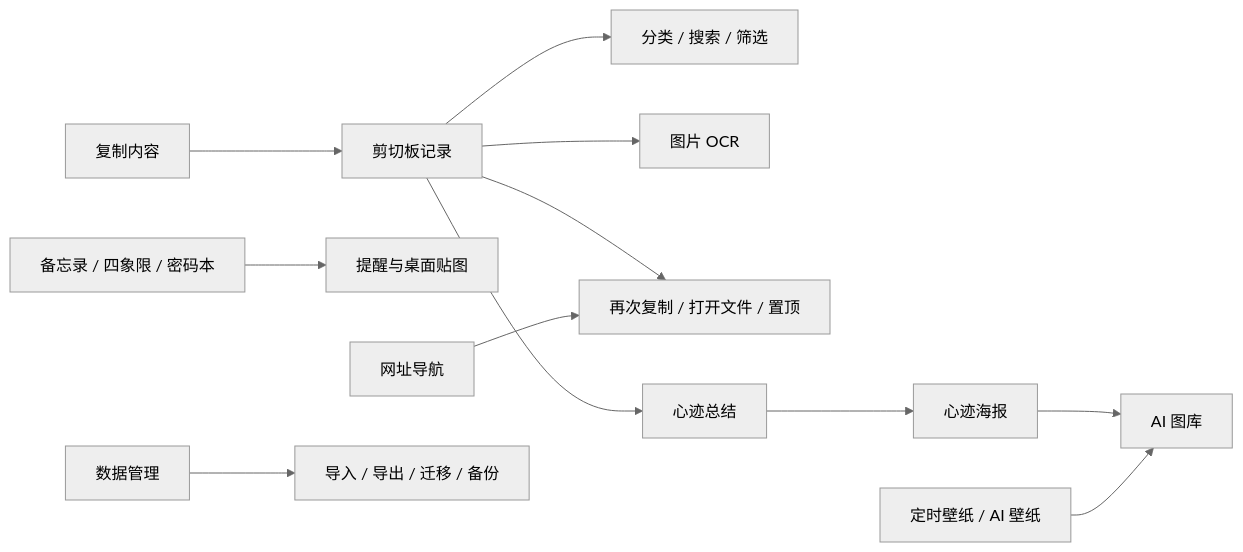
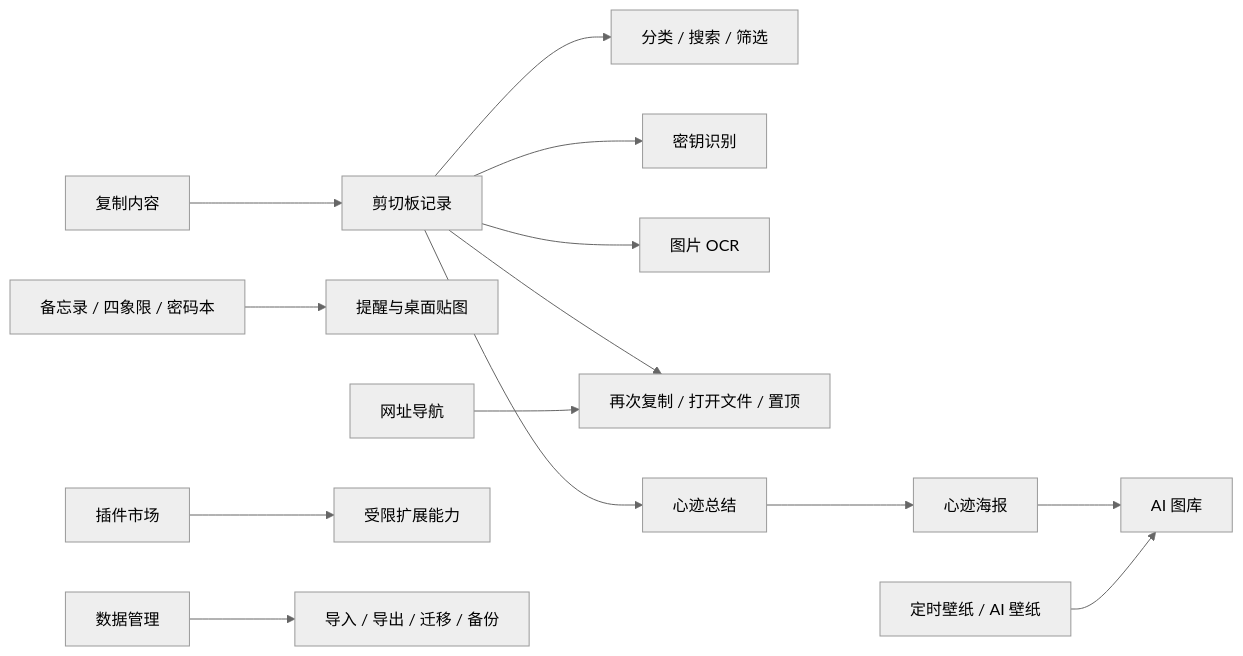
The diagram in README.md (dcxa521gi/Gleanx), drawn with Mermaid (neutral theme) before and after one commit. The commit also changed other lines of this file, not shown here.

````diff
--- a/README.md
+++ b/README.md
@@ -115,14 +100,16 @@
 ```mermaid
 flowchart LR
   Copy["复制内容"] --> Clipboard["剪切板记录"]
   Clipboard --> Classify["分类 / 搜索 / 筛选"]
+  Clipboard --> Secret["密钥识别"]
   Clipboard --> OCR["图片 OCR"]
   Clipboard --> Reuse["再次复制 / 打开文件 / 置顶"]
   Clipboard --> Heartprint["心迹总结"]
   Heartprint --> Poster["心迹海报"]
   Poster --> Gallery["AI 图库"]
   Wallpaper["定时壁纸 / AI 壁纸"] --> Gallery
   Memo["备忘录 / 四象限 / 密码本"] --> Reminder["提醒与桌面贴图"]
   Website["网址导航"] --> Reuse
+  Plugin["插件市场"] --> Extend["受限扩展能力"]
   Data["数据管理"] --> Backup["导入 / 导出 / 迁移 / 备份"]
 ```
````
